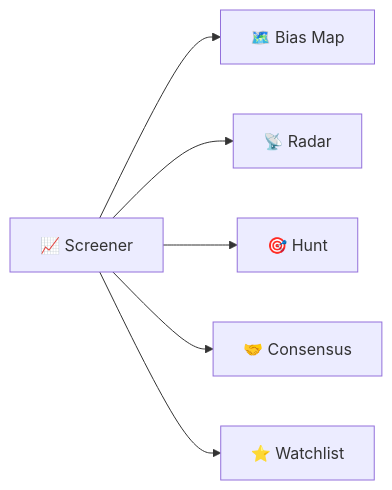
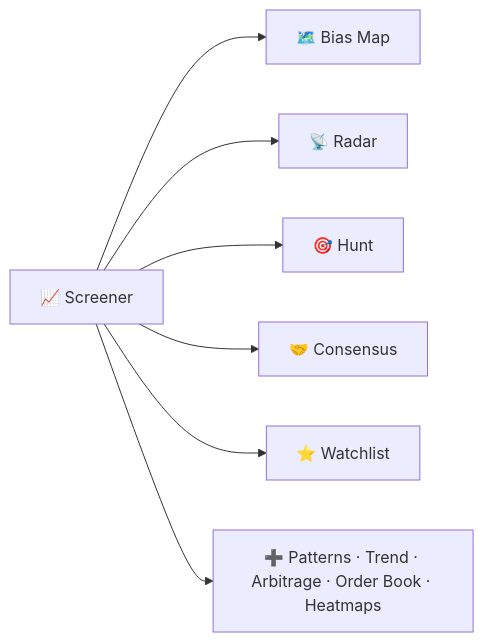
The diagram in screener.md (formionai/docs), drawn with Mermaid before and after one commit. The commit also changed other lines of this file and 47 other files, not shown here.

````diff
--- a/screener.md
+++ b/screener.md
@@ -22,8 +21,9 @@
 ```mermaid
 flowchart LR
   SC["📈 Screener"] --> BM["🗺️ Bias Map"]
   SC --> RD["📡 Radar"]
   SC --> HU["🎯 Hunt"]
   SC --> CO["🤝 Consensus"]
   SC --> WL["⭐ Watchlist"]
+  SC --> MO["➕ Patterns · Trend · Arbitrage · Order Book · Heatmaps"]
 ```
````
